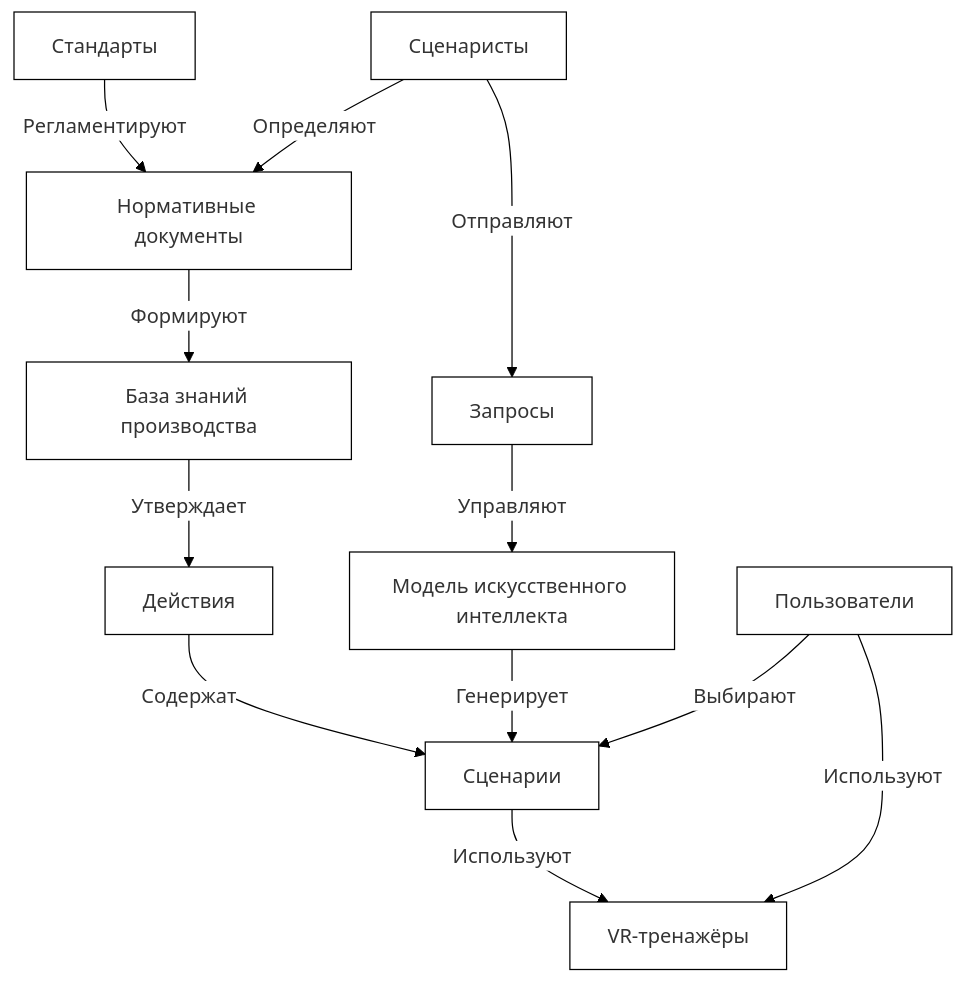
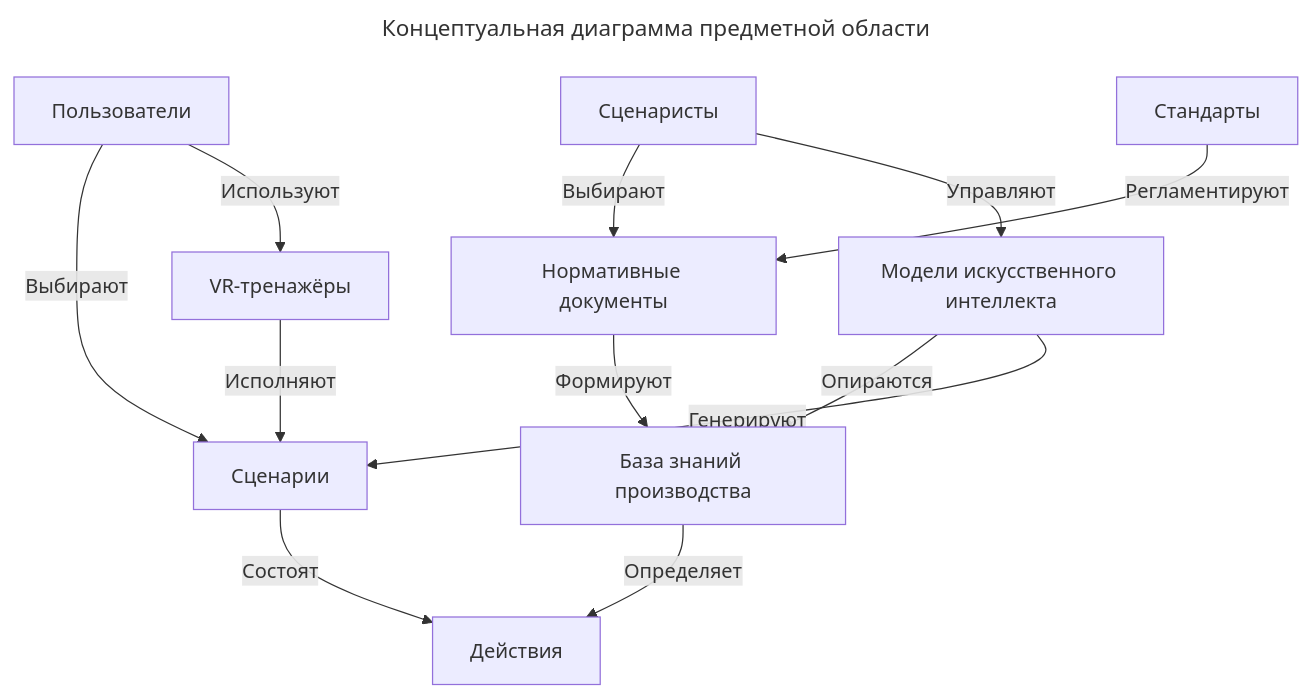
Before and after one commit to CHSU-scenarAIst/diagrammy: the diagram in 2. Контекстная диаграмма классов.md, drawn with Mermaid. The commit also changed other lines of this file and 26 other files, not shown here.

````diff
--- a/2. Контекстная диаграмма классов.md
+++ b/2. Контекстная диаграмма классов.md
@@ -3,48 +3,27 @@
 ```mermaid
-%%{init: {
-  'theme': 'base',
-  'themeVariables': {
-    'primaryColor': '#fff',
-    'primaryBorderColor': '#000',
-    'lineColor': '#000',
-    'fontSize': '16px'
-  }
-}}%%
+---
+title: Концептуальная диаграмма предметной области
+---
 graph TD
-    %% Узлы
     ST[Стандарты]
     SC[Сценаристы]
     ND[Нормативные документы]
-    ZR[Запросы]
     BZ[База знаний производства]
-    AI[Модель искусственного интеллекта]
+    AI[Модели искусственного интеллекта]
     DE[Действия]
     SN[Сценарии]
     PL[Пользователи]
     VR[VR-тренажёры]
 
-    %% Связи с подписями
     ST -- "Регламентируют" --> ND
-    SC -- "Определяют" --> ND
-    SC -- "Отправляют" --> ZR
+    SC -- "Выбирают" --> ND
+    SC -- "Управляют" --> AI
     ND -- "Формируют" --> BZ
-    ZR -- "Управляют" --> AI
-    BZ -- "Утверждает" --> DE
-    AI -- "Генерирует" --> SN
-    DE -- "Содержат" --> SN
+    AI -- "Опираются" --> BZ
+    AI -- "Генерируют" --> SN
+    SN -- "Состоят" --> DE
+    BZ -- "Определяет" --> DE
     PL -- "Выбирают" --> SN
     PL -- "Используют" --> VR
-    SN -- "Используют" --> VR
-
-    %% Стилизация для прямоугольников
-    style ST fill:#fff,stroke:#000
-    style SC fill:#fff,stroke:#000
-    style ND fill:#fff,stroke:#000
-    style ZR fill:#fff,stroke:#000
-    style BZ fill:#fff,stroke:#000
-    style AI fill:#fff,stroke:#000
-    style DE fill:#fff,stroke:#000
-    style SN fill:#fff,stroke:#000
-    style PL fill:#fff,stroke:#000
-    style VR fill:#fff,stroke:#000
+    VR -- "Исполняют" --> SN
 ```
````
